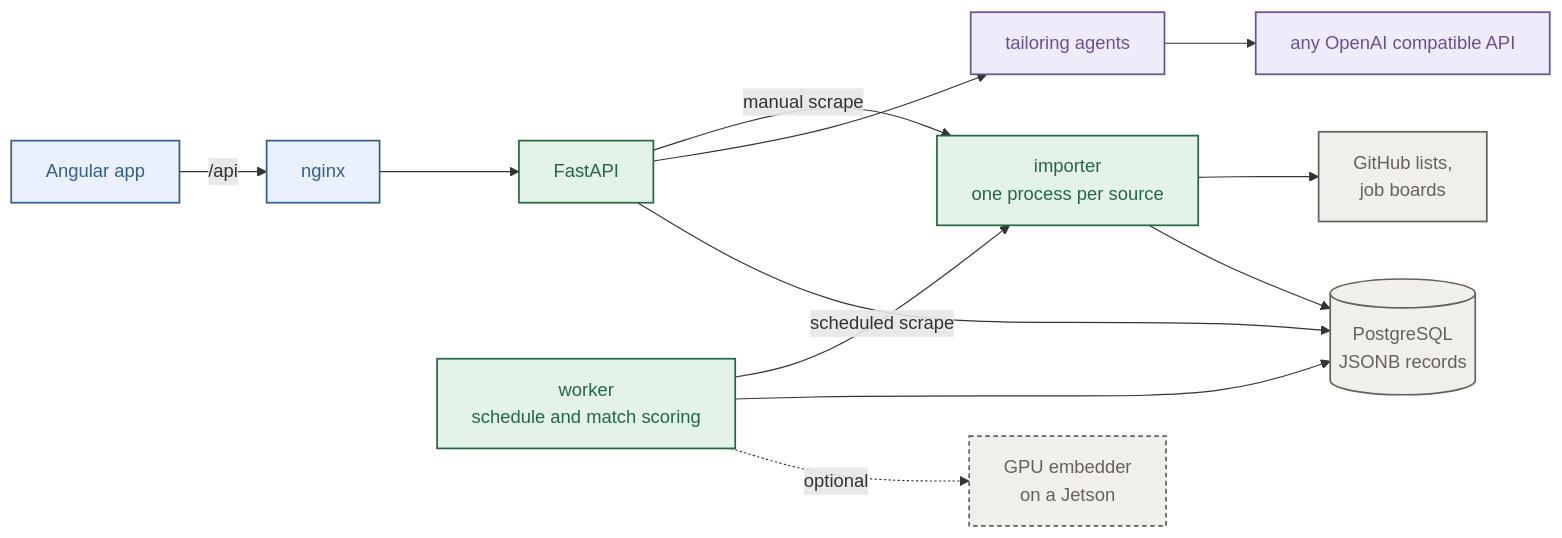
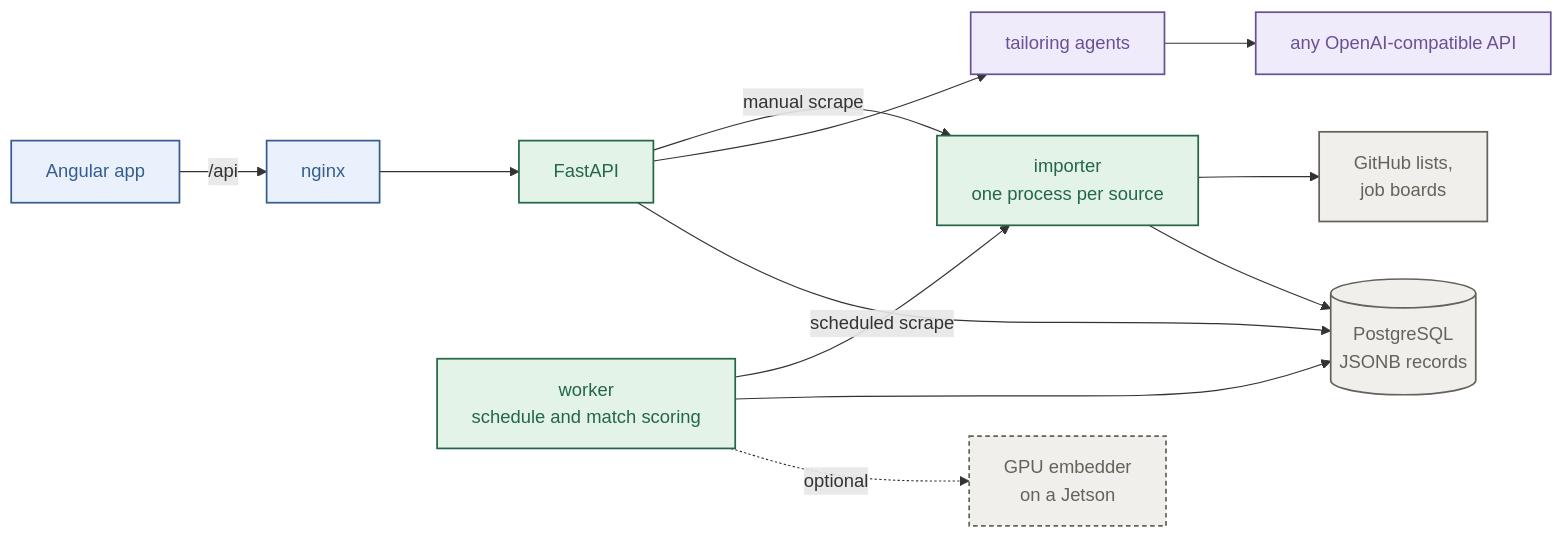
The first of 4 diagrams in README.md (KelvinWCH/intern-radar), drawn with Mermaid before and after one commit. The commit also changed other lines of this file and 3 other files, not shown here.

````diff
--- a/README.md
+++ b/README.md
@@ -56,25 +61,25 @@
 ```mermaid
 flowchart LR
     app["Angular app"] -->|/api| web["nginx"]
     web --> api["FastAPI"]
     api -->|manual scrape| importer["importer<br/>one process per source"]
     worker["worker<br/>schedule and match scoring"] -->|scheduled scrape| importer
     importer --> sites["GitHub lists,<br/>job boards"]
     api --> agents["tailoring agents"]
-    agents --> llm["any OpenAI compatible API"]
+    agents --> llm["any OpenAI-compatible API"]
     importer --> db[("PostgreSQL<br/>JSONB records")]
     api --> db
     worker --> db
     worker -.->|optional| gpu["GPU embedder<br/>on a Jetson"]
 
     classDef ui fill:#eaf1fc,stroke:#345e91,stroke-width:1.5px,color:#345e91
     classDef py fill:#e4f3e8,stroke:#236746,stroke-width:1.5px,color:#236746
     classDef ai fill:#f0ebfa,stroke:#695195,stroke-width:1.5px,color:#695195
     classDef ext fill:#f1efeb,stroke:#66625a,stroke-width:1.5px,color:#66625a
     classDef optional fill:#f1efeb,stroke:#66625a,stroke-width:1.5px,stroke-dasharray:4 3,color:#66625a
     class app,web ui
     class api,worker,importer py
     class agents,llm ai
     class sites,db ext
     class gpu optional
 ```
````
